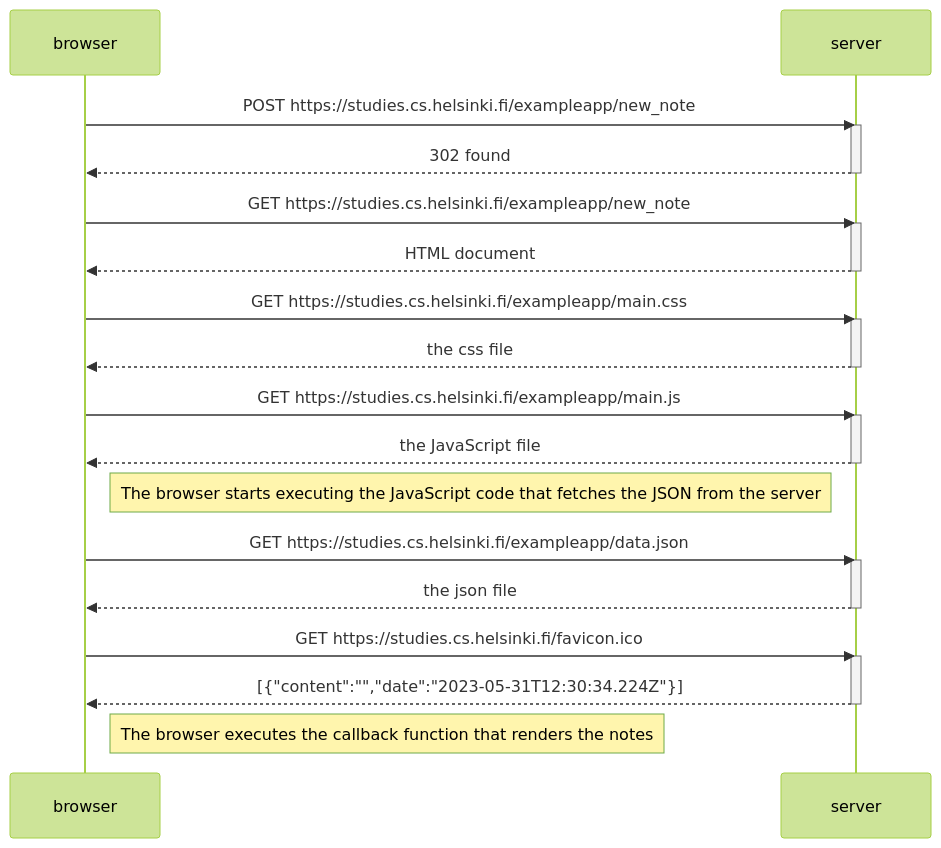
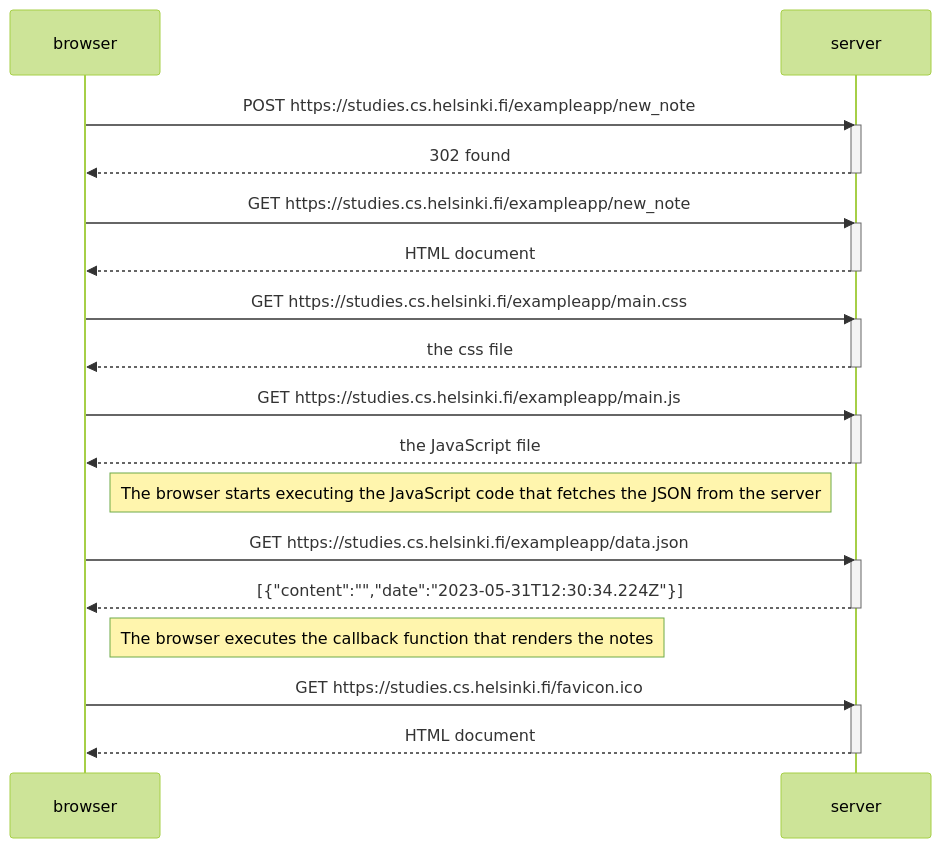
One commit to helenesauve/helsinki-fullstack-mooc changed the diagram in part0/diagram.md. Above: the diagram before and after it, drawn with Mermaid (forest theme).

Commit message:
fixing favicon

````diff
--- a/part0/diagram.md
+++ b/part0/diagram.md
@@ -2,39 +2,41 @@
 ```mermaid
 sequenceDiagram
     participant browser
     participant server
 
     browser->>server: POST https://studies.cs.helsinki.fi/exampleapp/new_note
     activate server
     server-->>browser: 302 found
     deactivate server
 
     browser->>server: GET https://studies.cs.helsinki.fi/exampleapp/new_note
     activate server
     server-->>browser: HTML document
     deactivate server
 
     browser->>server: GET https://studies.cs.helsinki.fi/exampleapp/main.css
     activate server
     server-->>browser: the css file
     deactivate server
 
     browser->>server: GET https://studies.cs.helsinki.fi/exampleapp/main.js
     activate server
     server-->>browser: the JavaScript file
     deactivate server
 
     Note right of browser: The browser starts executing the JavaScript code that fetches the JSON from the server
 
     browser->>server: GET https://studies.cs.helsinki.fi/exampleapp/data.json
     activate server
-    server-->>browser: the json file
-    deactivate server
-
-    browser->>server: GET https://studies.cs.helsinki.fi/favicon.ico
-    activate server
     server-->>browser: [{"content":"","date":"2023-05-31T12:30:34.224Z"}]
     deactivate server
 
     Note right of browser: The browser executes the callback function that renders the notes
+
+    browser->>server: GET https://studies.cs.helsinki.fi/favicon.ico
+    activate server
+    server-->>browser: HTML document
+    deactivate server
+
+    
 ```
````
